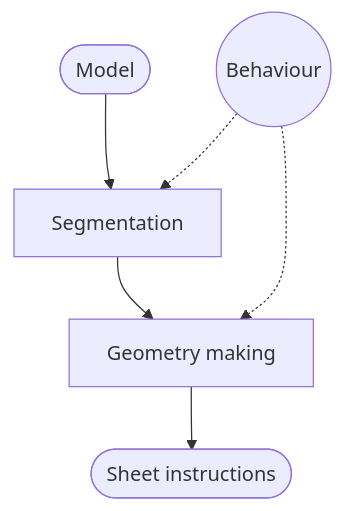
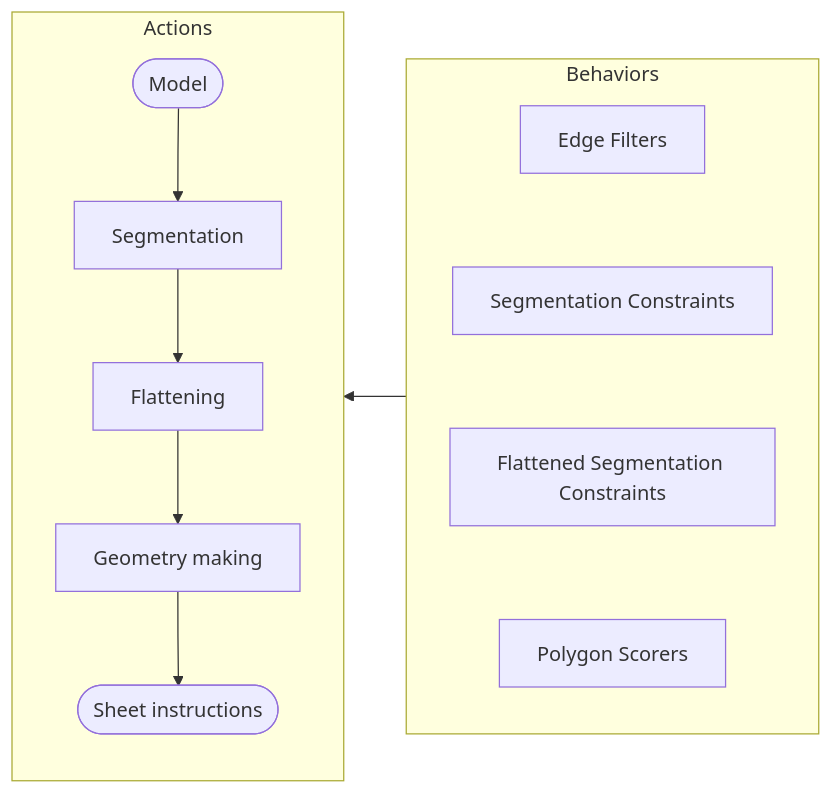
One commit to ReddikHaien/SheetCuttingTools changed the diagram in README.md. Above: the diagram before and after it, drawn with Mermaid. The commit also changed other lines of this file and 47 other files, not shown here.

````diff
--- a/README.md
+++ b/README.md
@@ -6,10 +6,22 @@
 ```mermaid
-flowchart TD
-M([Model])
-A[Segmentation]
-B[Geometry making]
-C((Behaviour))
-D([Sheet instructions])
-M --> A -->B --> D
-C-.->A & B
+flowchart RL
+subgraph Actions
+    direction TB
+    M([Model])
+    A[Segmentation]
+    B[Flattening]
+    C[Geometry making]
+    E([Sheet instructions])
+    M --> A --> B --> C --> E
+end
+
+subgraph Behaviors
+    direction TB
+    B1[Edge Filters]
+    B2[Segmentation Constraints]
+    B3[Flattened Segmentation Constraints]
+    B4[Polygon Scorers]
+    B1 ~~~ B2 ~~~ B3 ~~~ B4
+end
+Behaviors --> Actions
 ```
````
